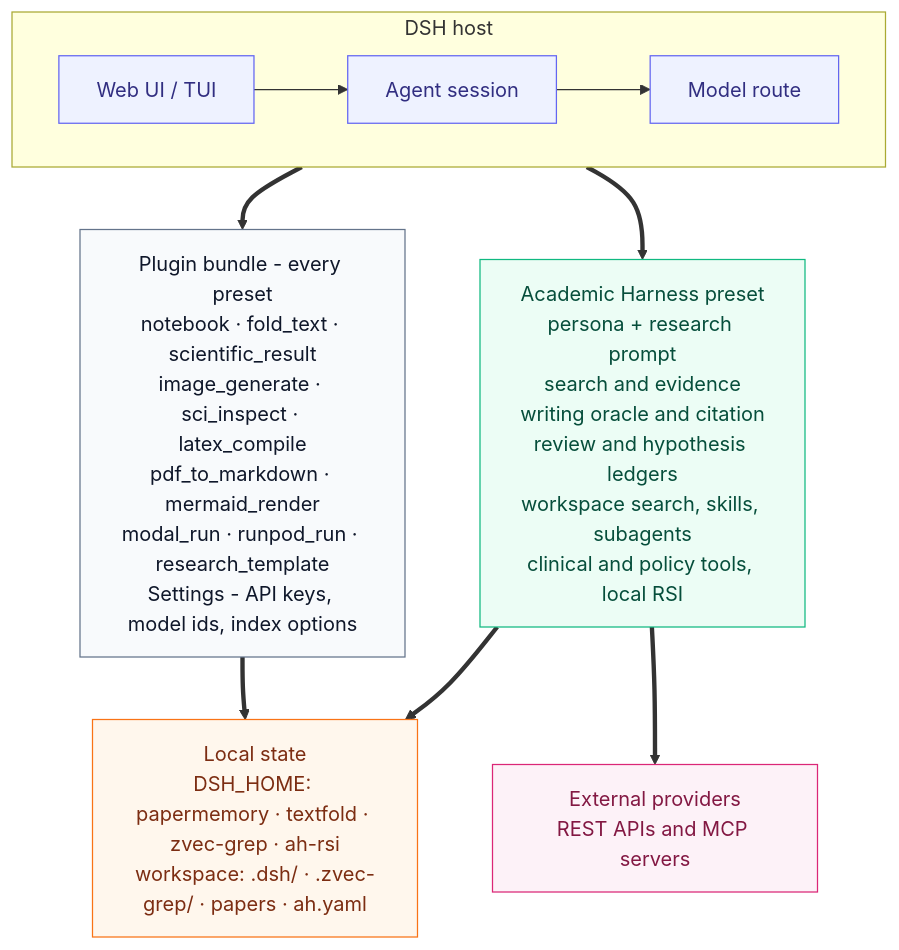
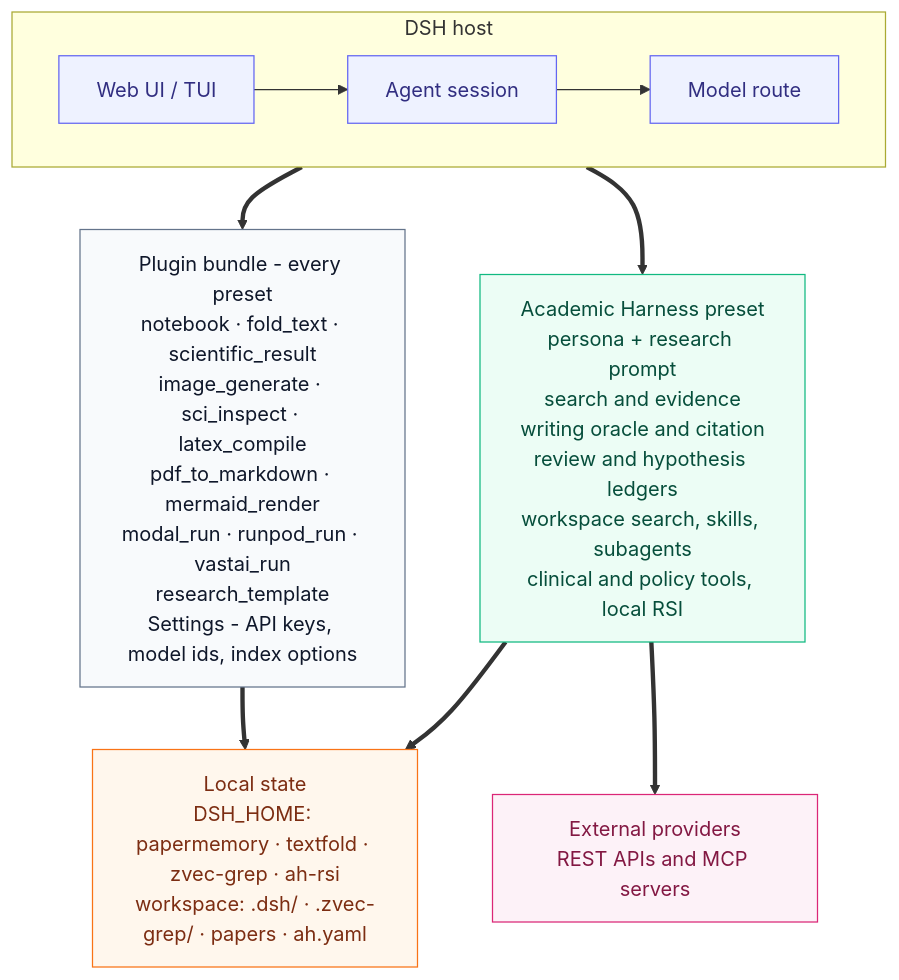
Before and after one commit to raktim-mondol/academic-harness: the diagram in docs/diagrams/architecture.mmd, drawn with Mermaid. The commit also changed 47 other files, not shown here.

```diff
--- a/docs/diagrams/architecture.mmd
+++ b/docs/diagrams/architecture.mmd
@@ -1,29 +1,29 @@
 flowchart TB
   subgraph host[DSH host]
     direction LR
     ui[Web UI / TUI] --> agent[Agent session] --> model[Model route]
   end
 
-  bundle[Plugin bundle - every preset<br/>notebook · fold_text · scientific_result<br/>image_generate · sci_inspect · latex_compile<br/>pdf_to_markdown · mermaid_render<br/>modal_run · runpod_run · research_template<br/>Settings - API keys, model ids, index options]
+  bundle[Plugin bundle - every preset<br/>notebook · fold_text · scientific_result<br/>image_generate · sci_inspect · latex_compile<br/>pdf_to_markdown · mermaid_render<br/>modal_run · runpod_run · vastai_run<br/>research_template<br/>Settings - API keys, model ids, index options]
 
   preset[Academic Harness preset<br/>persona + research prompt<br/>search and evidence<br/>writing oracle and citation<br/>review and hypothesis ledgers<br/>workspace search, skills, subagents<br/>clinical and policy tools, local RSI]
 
   providers[External providers<br/>REST APIs and MCP servers]
   state[Local state<br/>DSH_HOME: papermemory · textfold · zvec-grep · ah-rsi<br/>workspace: .dsh/ · .zvec-grep/ · papers · ah.yaml]
 
   host ==> bundle
   host ==> preset
   bundle ==> state
   preset ==> providers
   preset ==> state
 
   classDef host fill:#eef2ff,stroke:#6366f1,color:#312e81
   classDef bundle fill:#f8fafc,stroke:#64748b,color:#0f172a
   classDef preset fill:#ecfdf5,stroke:#10b981,color:#064e3b
   classDef state fill:#fff7ed,stroke:#f97316,color:#7c2d12
   classDef external fill:#fdf2f8,stroke:#db2777,color:#831843
   class ui,agent,model host
   class bundle bundle
   class preset preset
   class state state
   class providers external
```
